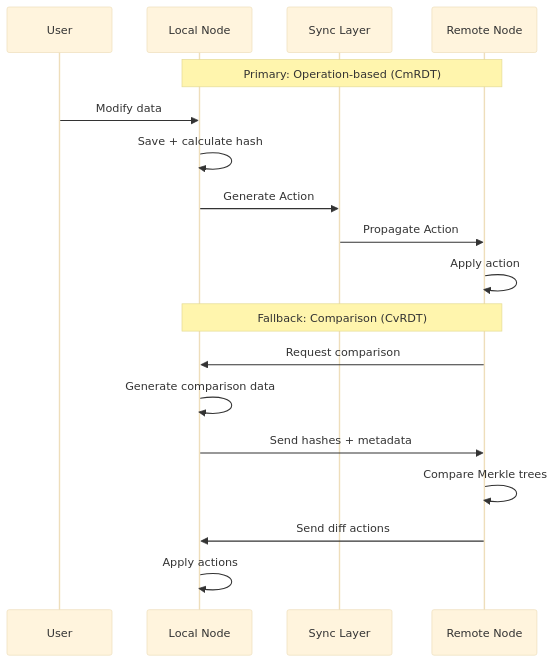
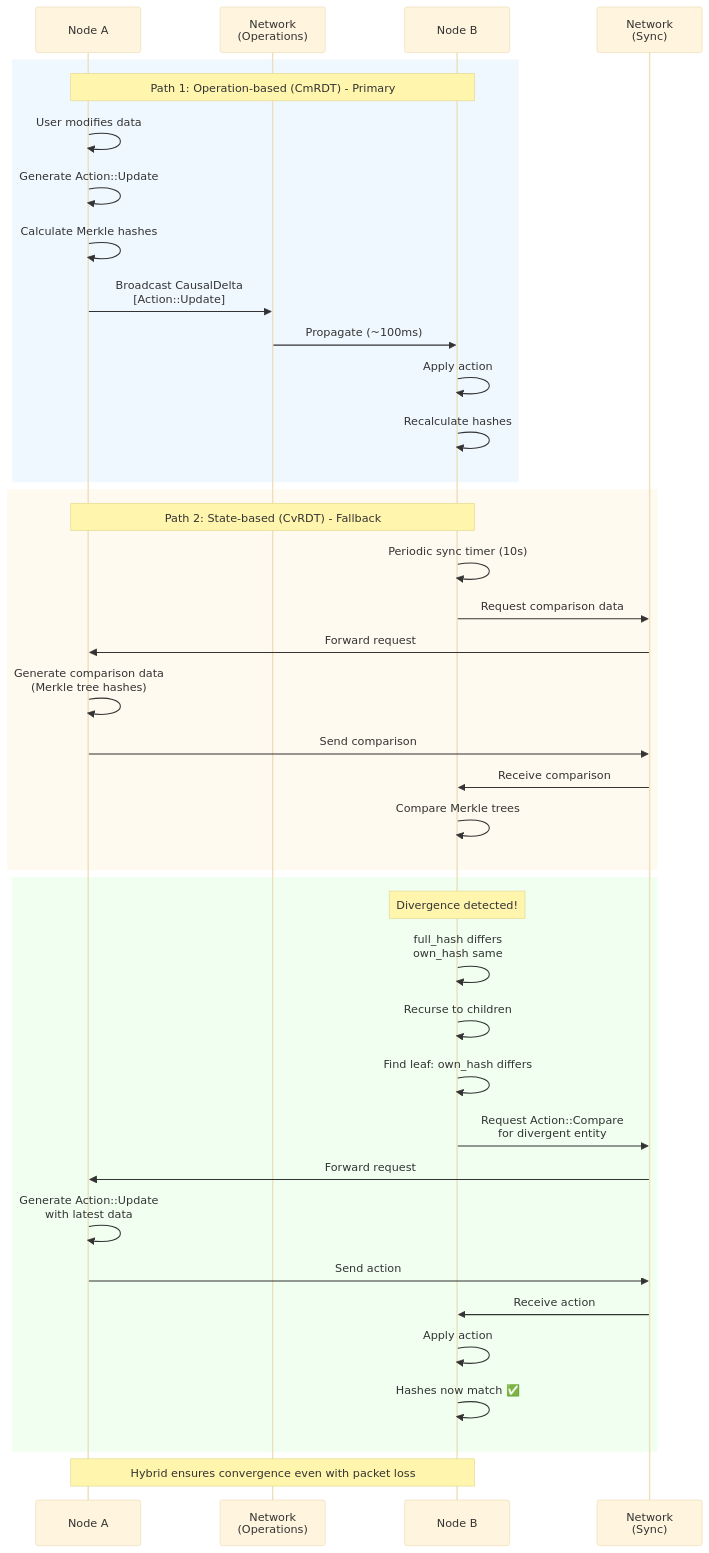
One commit to calimero-network/core changed the first of 8 diagrams in crates/storage/README.md. Above: the diagram before and after it, drawn with Mermaid (base theme). The commit also changed other lines of this file and 155 other files, not shown here.

Commit message:
feat: comprehensive DAG-based CRDT sync with extensive test coverage (#1569)

````diff
--- a/crates/storage/README.md
+++ b/crates/storage/README.md
@@ -73,22 +32,45 @@
 ```mermaid
 sequenceDiagram
-    participant User
-    participant Local as Local Node
-    participant Sync as Sync Layer
-    participant Remote as Remote Node
+    participant NodeA as Node A
+    participant NetOp as Network<br/>(Operations)
+    participant NodeB as Node B
+    participant NetSync as Network<br/>(Sync)
     
-    Note over Local,Remote: Primary: Operation-based (CmRDT)
-    User->>Local: Modify data
-    Local->>Local: Save + calculate hash
-    Local->>Sync: Generate Action
-    Sync->>Remote: Propagate Action
-    Remote->>Remote: Apply action
+    rect rgb(240, 248, 255)
+        Note over NodeA,NodeB: Path 1: Operation-based (CmRDT) - Primary
+        NodeA->>NodeA: User modifies data
+        NodeA->>NodeA: Generate Action::Update
+        NodeA->>NodeA: Calculate Merkle hashes
+        NodeA->>NetOp: Broadcast CausalDelta<br/>[Action::Update]
+        NetOp->>NodeB: Propagate (~100ms)
+        NodeB->>NodeB: Apply action
+        NodeB->>NodeB: Recalculate hashes
+    end
     
-    Note over Local,Remote: Fallback: Comparison (CvRDT)
-    Remote->>Local: Request comparison
-    Local->>Local: Generate comparison data
-    Local->>Remote: Send hashes + metadata
-    Remote->>Remote: Compare Merkle trees
-    Remote->>Local: Send diff actions
-    Local->>Local: Apply actions
+    rect rgb(255, 250, 240)
+        Note over NodeA,NodeB: Path 2: State-based (CvRDT) - Fallback
+        NodeB->>NodeB: Periodic sync timer (10s)
+        NodeB->>NetSync: Request comparison data
+        NetSync->>NodeA: Forward request
+        NodeA->>NodeA: Generate comparison data<br/>(Merkle tree hashes)
+        NodeA->>NetSync: Send comparison
+        NetSync->>NodeB: Receive comparison
+        NodeB->>NodeB: Compare Merkle trees
+    end
+    
+    rect rgb(240, 255, 240)
+        Note over NodeB: Divergence detected!
+        NodeB->>NodeB: full_hash differs<br/>own_hash same
+        NodeB->>NodeB: Recurse to children
+        NodeB->>NodeB: Find leaf: own_hash differs
+        NodeB->>NetSync: Request Action::Compare<br/>for divergent entity
+        NetSync->>NodeA: Forward request
+        NodeA->>NodeA: Generate Action::Update<br/>with latest data
+        NodeA->>NetSync: Send action
+        NetSync->>NodeB: Receive action
+        NodeB->>NodeB: Apply action
+        NodeB->>NodeB: Hashes now match ✅
+    end
+    
+    Note over NodeA,NodeB: Hybrid ensures convergence even with packet loss
 ```
````
